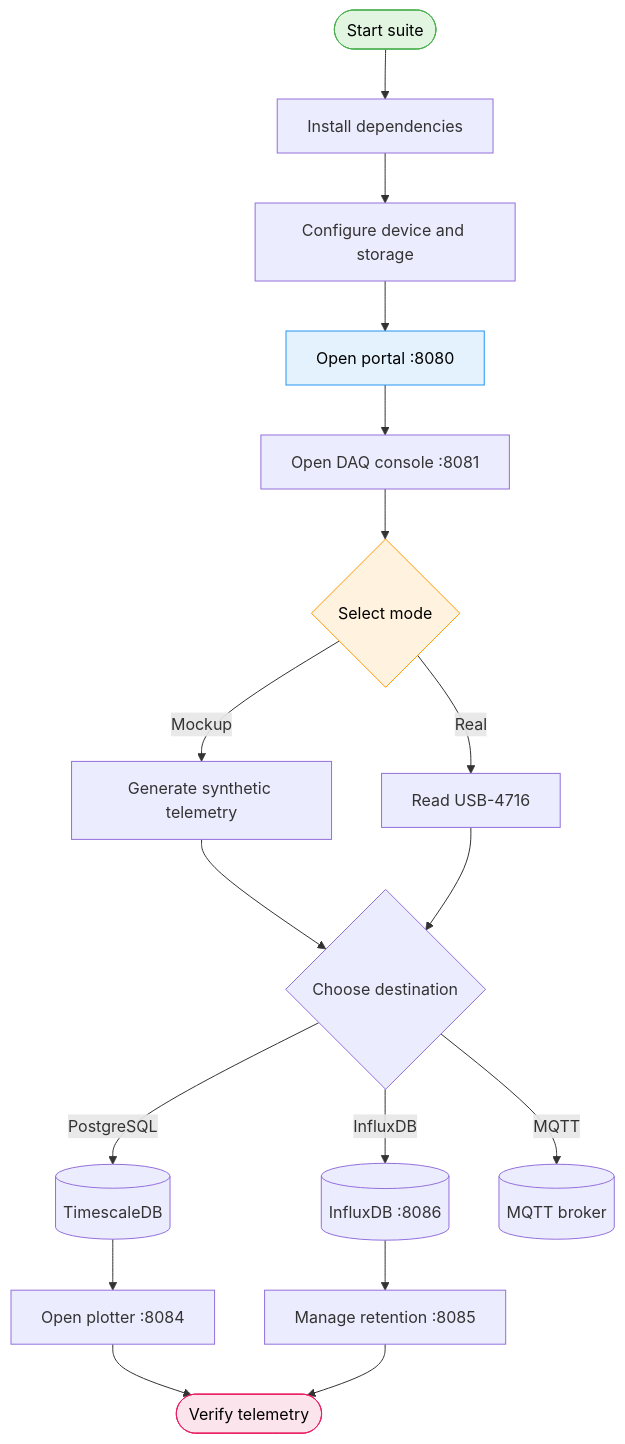
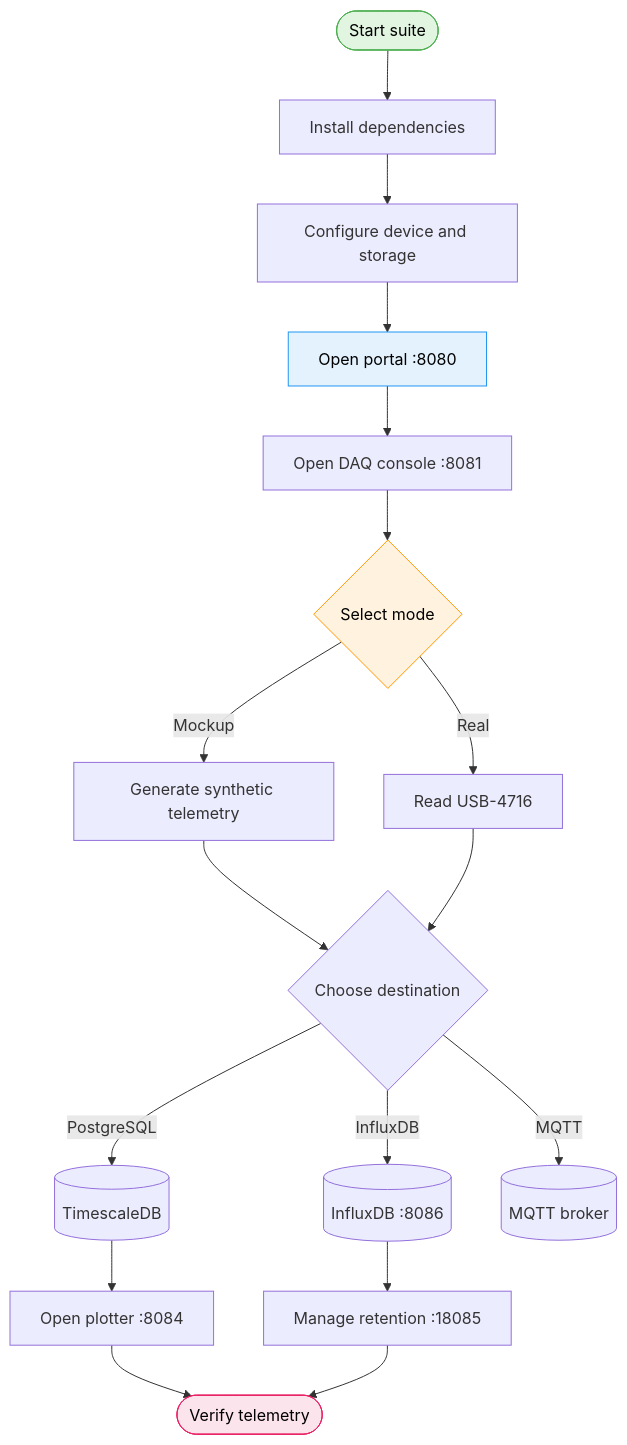
Before and after one commit to Faiisu/MDDP-machine-ingest: the diagram in README.md, drawn with Mermaid. The commit also changed other lines of this file and 17 other files, not shown here.

````diff
--- a/README.md
+++ b/README.md
@@ -21,24 +21,24 @@
 ```mermaid
 flowchart TD
     Start([Start suite]) --> Install[Install dependencies]
     Install --> Configure[Configure device and storage]
     Configure --> Launch[Open portal :8080]
     Launch --> DAQ[Open DAQ console :8081]
     DAQ --> Mode{Select mode}
     Mode -->|Mockup| Mock[Generate synthetic telemetry]
     Mode -->|Real| Hardware[Read USB-4716]
     Mock --> Destination{Choose destination}
     Hardware --> Destination
     Destination -->|PostgreSQL| SQL[(TimescaleDB)]
     Destination -->|InfluxDB| Influx[(InfluxDB :8086)]
     Destination -->|MQTT| Broker[(MQTT broker)]
     SQL --> Plot[Open plotter :8084]
-    Influx --> Manage[Manage retention :8085]
+    Influx --> Manage[Manage retention :18085]
     Plot --> Verify([Verify telemetry])
     Manage --> Verify
 
     style Start fill:#e1f5e1,stroke:#4caf50,color:#000
     style Launch fill:#e3f2fd,stroke:#2196f3,color:#000
     style Mode fill:#fff3e0,stroke:#ff9800,color:#000
     style Verify fill:#fce4ec,stroke:#e91e63,color:#000
 ```
````
